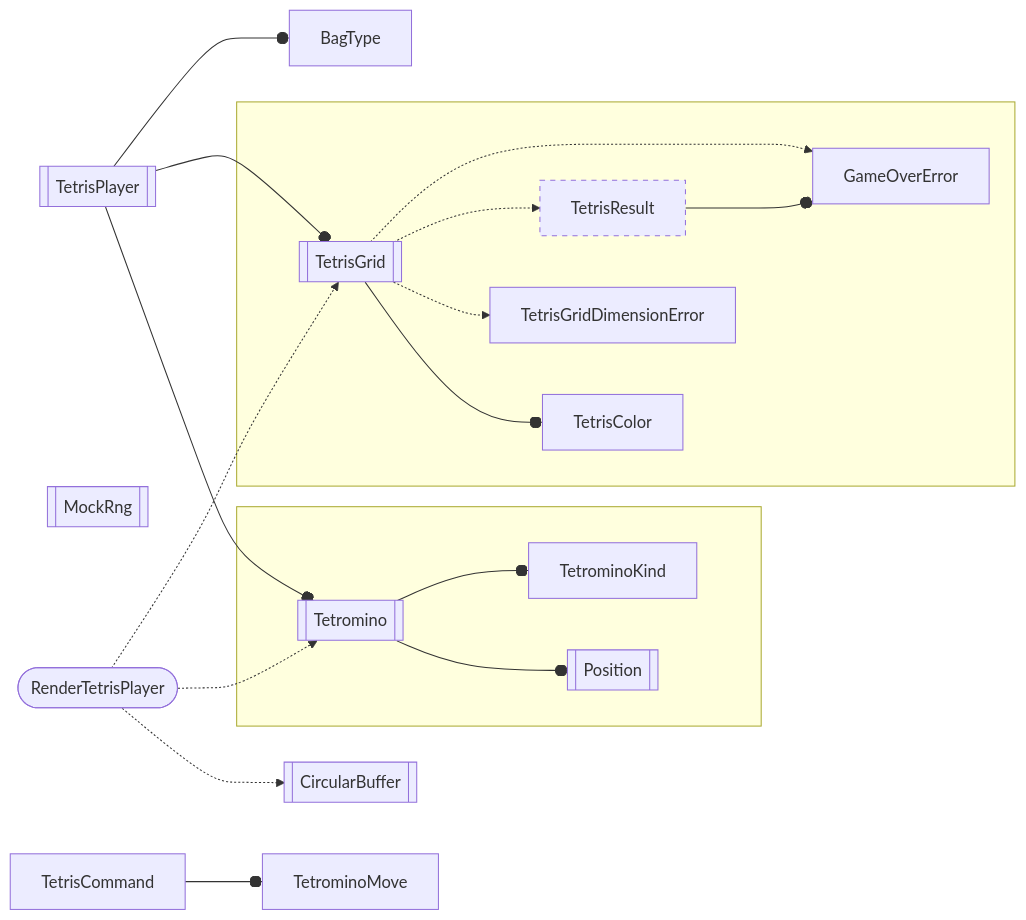
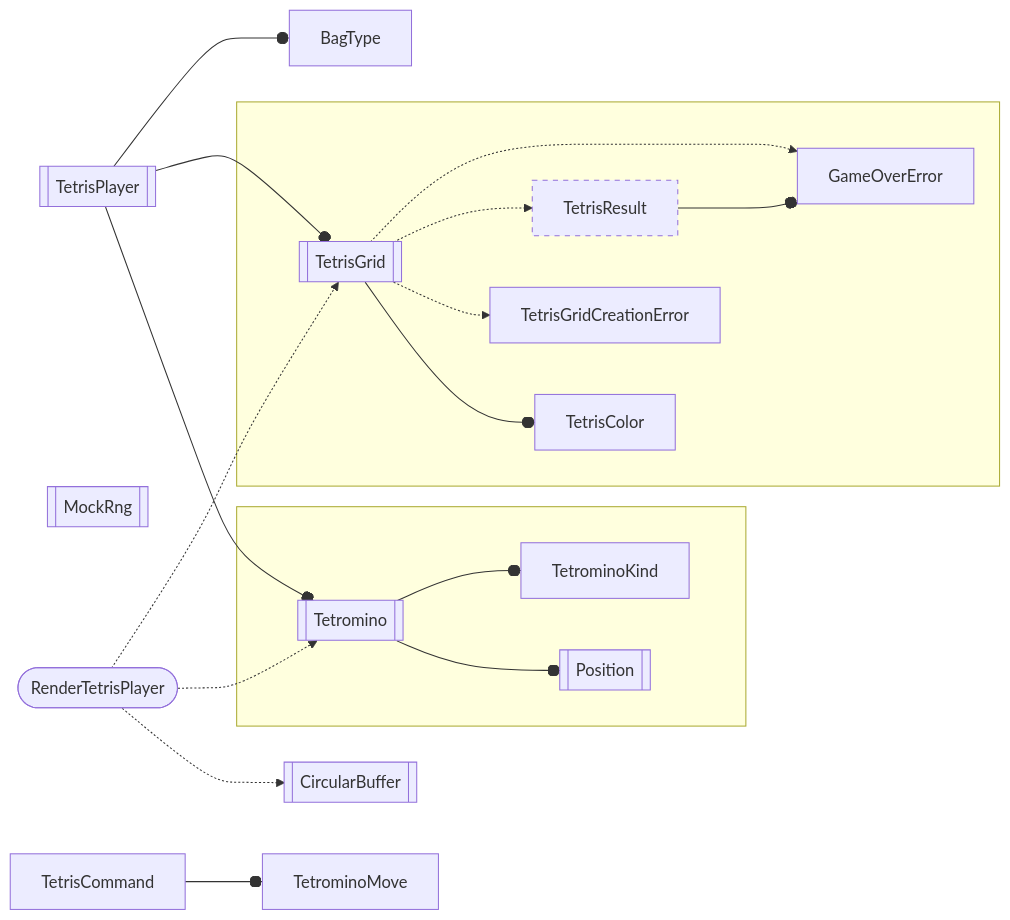
One commit to inesvar/tetris changed the diagram in core_tetris/src/core_tetris.mmd. Above: the diagram before and after it, drawn with Mermaid. The commit also changed 3 other files, not shown here.

Commit message:
Make TetrisGrid::from_str return a real error

```diff
--- a/core_tetris/src/core_tetris.mmd
+++ b/core_tetris/src/core_tetris.mmd
@@ -1,47 +1,47 @@
 graph LR
     %% objects
     BagType[BagType]
     TetrisGrid[[TetrisGrid]]
     GameOverError[GameOverError]
     TetrisResult[TetrisResult]
     Tetromino[[Tetromino]]
     Position[[Position]]
     TetrisColor[TetrisColor]
     TetrisPlayer[[TetrisPlayer]]
     MockRng[[MockRng]]
     TetrisCommand[TetrisCommand]
     TetrominoKind[TetrominoKind]
     RenderTetrisPlayer([RenderTetrisPlayer])
     CircularBuffer[[CircularBuffer]]
-    TetrisGridDimensionError[TetrisGridDimensionError]
+    TetrisGridCreationError[TetrisGridCreationError]
 
     TetrisCommand --o TetrominoMove
     RenderTetrisPlayer -.-> CircularBuffer
 
     TetrisPlayer
     MockRng
     RenderTetrisPlayer
 
     TetrisPlayer --o Tetromino
     RenderTetrisPlayer -.-> Tetromino
 
     subgraph tetromino[" "]
         Tetromino --o Position
         Tetromino --o TetrominoKind
     end
 
 
     subgraph tetris_grid[" "]
         TetrisGrid --o TetrisColor
-        TetrisGrid -.-> TetrisGridDimensionError
+        TetrisGrid -.-> TetrisGridCreationError
         TetrisGrid -.-> TetrisResult
         TetrisResult --o GameOverError
         TetrisGrid -.-> GameOverError
     end
 
     RenderTetrisPlayer -.-> TetrisGrid
     TetrisPlayer --o TetrisGrid
     TetrisPlayer --o BagType
 
     
     style TetrisResult stroke-dasharray: 5 5;
```
